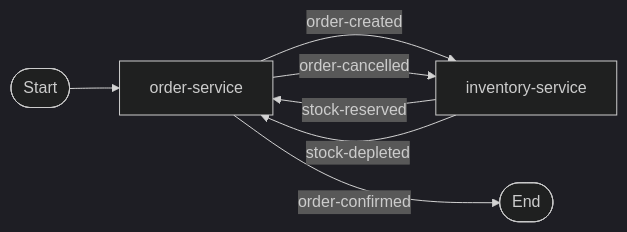
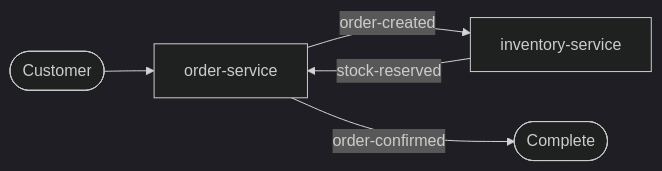
One commit to filozofira/spas changed the diagram in examples/domains/basic-order/README.md. Above: the diagram before and after it, drawn with Mermaid (dark theme). The commit also changed 216 other files, not shown here.

````diff
--- a/examples/domains/basic-order/README.md
+++ b/examples/domains/basic-order/README.md
@@ -3,9 +3,7 @@
 ```mermaid
 flowchart LR
-    Start([Start]) --> OS[order-service]
+    Start([Customer]) --> OS[order-service]
     OS -->|order-created| IS[inventory-service]
     IS -->|stock-reserved| OS
-    IS -->|stock-depleted| OS
-    OS -->|order-cancelled| IS
-    OS -->|order-confirmed| End([End])
+    OS -->|order-confirmed| End([Complete])
 ```
````
